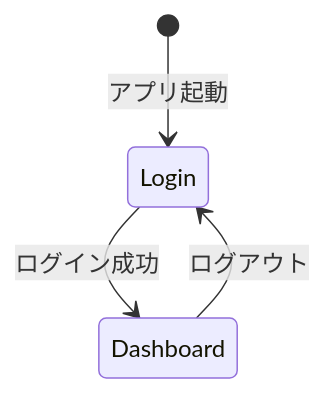
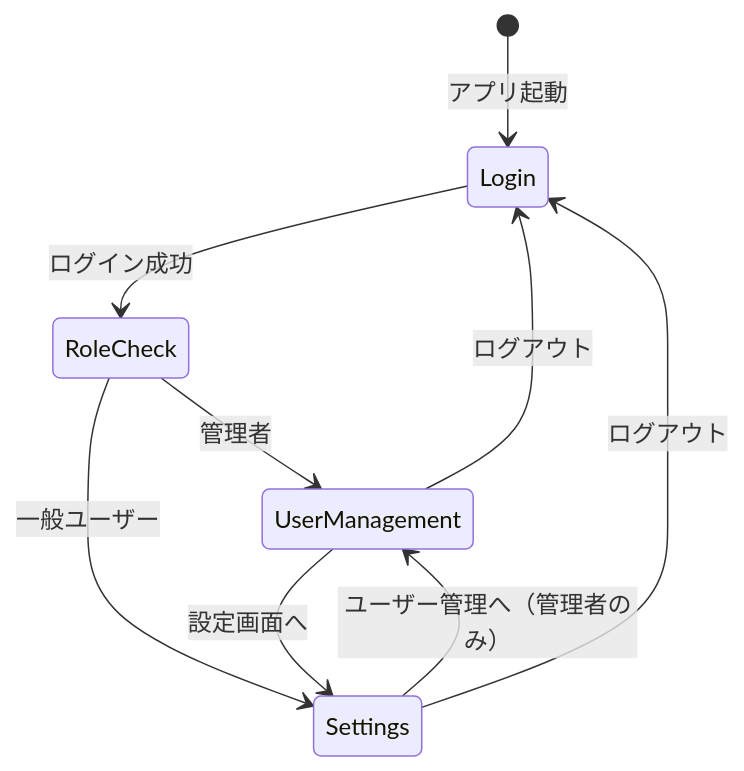
Before and after one commit to TomokiIshimine/fullstack-app-with-claude: the second of 2 diagrams in docs/03_feature-list.md, drawn with Mermaid. The commit also changed other lines of this file and 16 other files, not shown here.

````diff
--- a/docs/03_feature-list.md
+++ b/docs/03_feature-list.md
@@ -126,6 +169,14 @@
 ```mermaid
 stateDiagram-v2
     [*] --> Login: アプリ起動
-    Login --> Dashboard: ログイン成功
-    Dashboard --> Login: ログアウト
+    Login --> RoleCheck: ログイン成功
+
+    RoleCheck --> UserManagement: 管理者
+    RoleCheck --> Settings: 一般ユーザー
+
+    UserManagement --> Settings: 設定画面へ
+    Settings --> UserManagement: ユーザー管理へ（管理者のみ）
+
+    UserManagement --> Login: ログアウト
+    Settings --> Login: ログアウト
 ```
````
